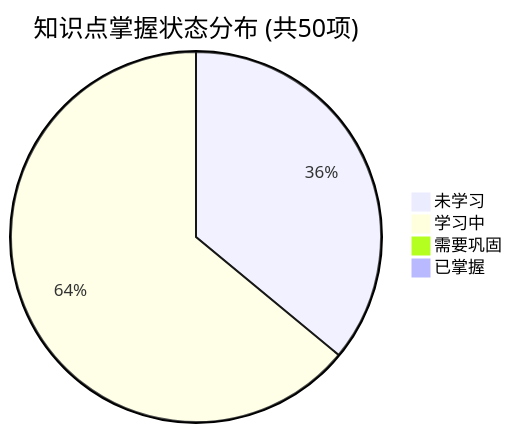
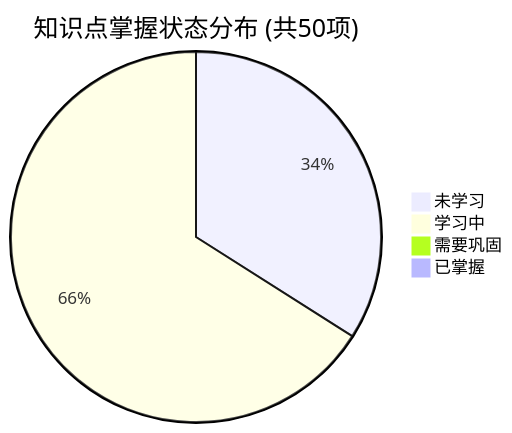
The first of 2 diagrams in PROGRESS.md (tieke1121/tech-interview-knowledge-base), drawn with Mermaid before and after one commit. The commit also changed other lines of this file and 1 other file, not shown here.

Commit message:
feat(day37): add Model Context Protocol (MCP), Skills architecture & security sandboxing document

````diff
--- a/PROGRESS.md
+++ b/PROGRESS.md
@@ -23,7 +23,7 @@
 ```mermaid
 pie title 知识点掌握状态分布 (共50项)
-    "未学习" : 18
-    "学习中" : 32
+    "未学习" : 17
+    "学习中" : 33
     "需要巩固" : 0
     "已掌握" : 0
 ```
````
